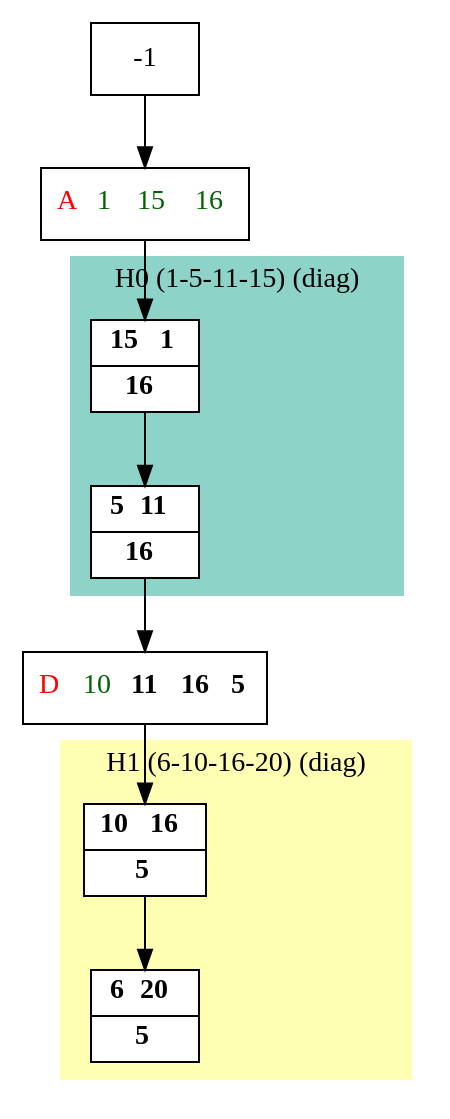
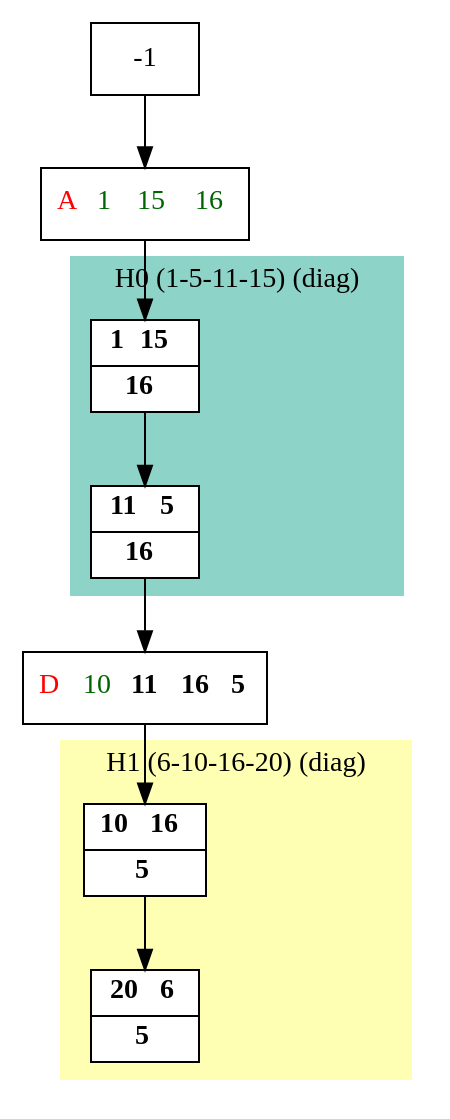
One commit to bmarchand/auto-dp changed the diagram in results/compact_dot_files/compact_H.dot. Above: the diagram before and after it, drawn with Graphviz. The commit also changed 80 other files, not shown here.

```diff
--- a/results/compact_dot_files/compact_H.dot
+++ b/results/compact_dot_files/compact_H.dot
@@ -1,29 +1,29 @@
 digraph G {
     node [shape=box];
     subgraph cluster0 {
         node [style=filled,fillcolor=white];
         labeljust="l";
         style=filled;
         color="#8DD3C7";
         H0_0 -> H0_7;
         label="H0 (1-5-11-15) (diag)";
     }
     subgraph cluster1 {
         node [style=filled,fillcolor=white];
         labeljust="l";
         style=filled;
         color="#FFFFB3";
         H1_7 -> H1_0;
         label="H1 (6-10-16-20) (diag)";
     }
      1 [shape=record,label= <{  <FONT COLOR="RED">A</FONT>  <FONT COLOR="DARKGREEN">1</FONT>  <FONT COLOR="DARKGREEN">15</FONT>  <FONT COLOR="DARKGREEN">16</FONT>}> ];
      -1  ->  1;
-     H0_0 [shape=record,label= <{ <b>15</b> <b>1</b>|  <b>16</b>}> ];
+     H0_0 [shape=record,label= <{ <b>1</b> <b>15</b>|  <b>16</b>}> ];
      1  ->  H0_0;
-     H0_7 [shape=record,label= <{ <b>5</b> <b>11</b>|  <b>16</b>}> ];
+     H0_7 [shape=record,label= <{ <b>11</b> <b>5</b>|  <b>16</b>}> ];
      10 [shape=record,label= <{  <FONT COLOR="RED">D</FONT>  <FONT COLOR="DARKGREEN">10</FONT> <b>11</b> <b>16</b> <b>5</b>}> ];
      H0_7  ->  10;
      H1_7 [shape=record,label= <{ <b>10</b> <b>16</b>|  <b>5</b>}> ];
      10  ->  H1_7;
-     H1_0 [shape=record,label= <{ <b>6</b> <b>20</b>|  <b>5</b>}> ];
+     H1_0 [shape=record,label= <{ <b>20</b> <b>6</b>|  <b>5</b>}> ];
 }
```
